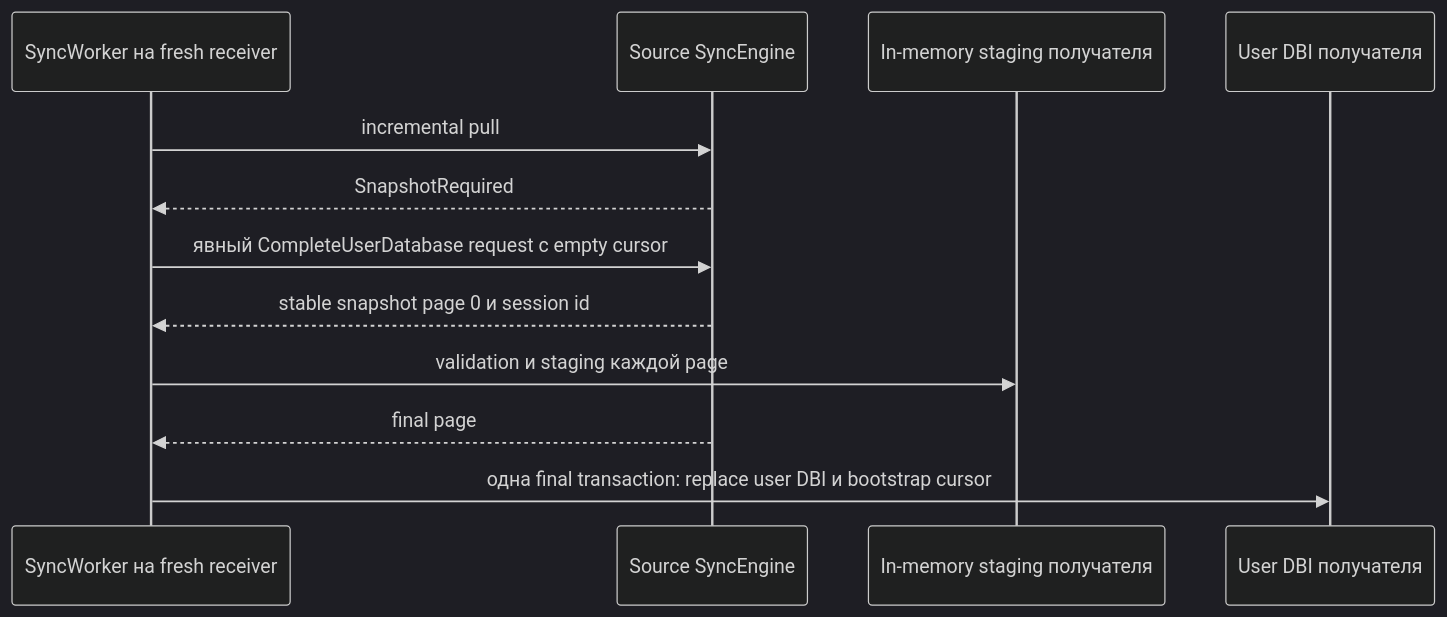
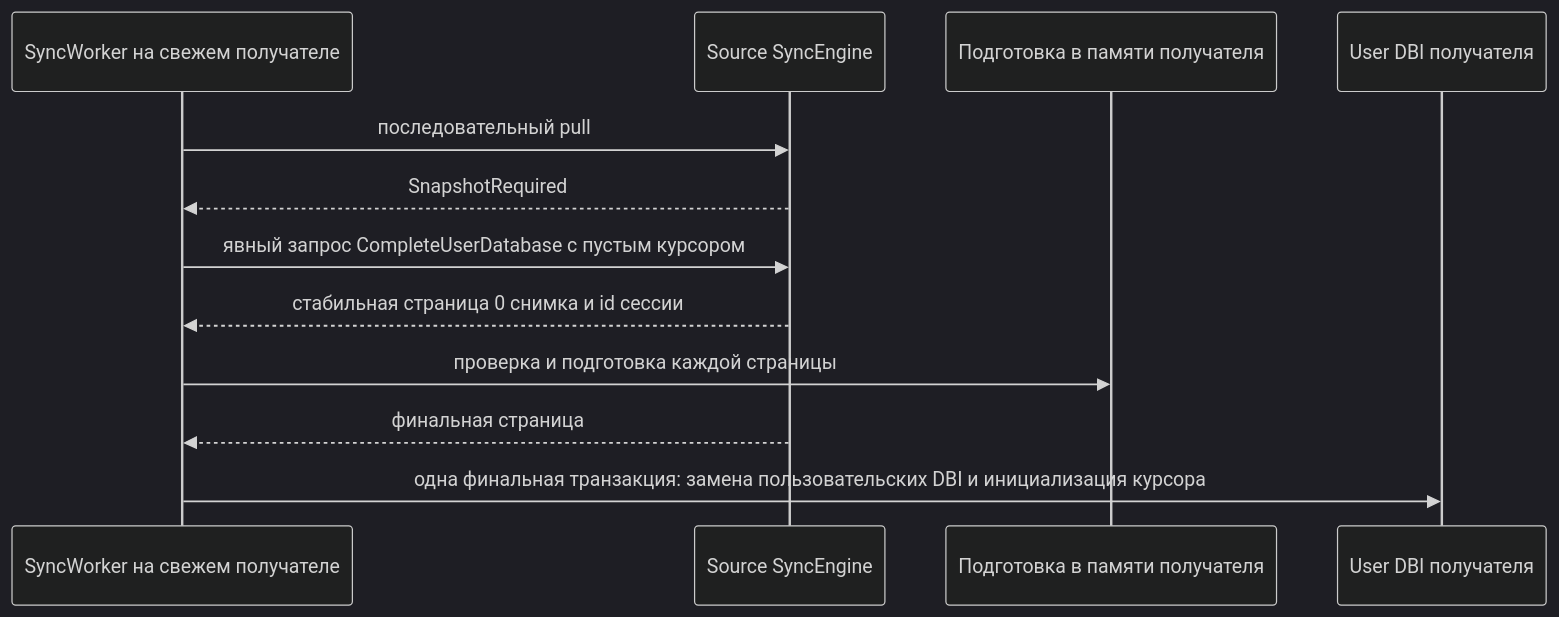
Before and after one commit to LimiNode/mdbx-containers: the diagram in docs/sync-recovery-RU.md, drawn with Mermaid (dark theme). The commit also changed other lines of this file and 8 other files, not shown here.

````diff
--- a/docs/sync-recovery-RU.md
+++ b/docs/sync-recovery-RU.md
@@ -36,15 +38,15 @@
 ```mermaid
 sequenceDiagram
-    participant W as SyncWorker на fresh receiver
+    participant W as SyncWorker на свежем получателе
     participant S as Source SyncEngine
-    participant Stage as In-memory staging получателя
+    participant Stage as Подготовка в памяти получателя
     participant DB as User DBI получателя
 
-    W->>S: incremental pull
+    W->>S: последовательный pull
     S-->>W: SnapshotRequired
-    W->>S: явный CompleteUserDatabase request с empty cursor
-    S-->>W: stable snapshot page 0 и session id
-    W->>Stage: validation и staging каждой page
-    S-->>W: final page
-    W->>DB: одна final transaction: replace user DBI и bootstrap cursor
+    W->>S: явный запрос CompleteUserDatabase с пустым курсором
+    S-->>W: стабильная страница 0 снимка и id сессии
+    W->>Stage: проверка и подготовка каждой страницы
+    S-->>W: финальная страница
+    W->>DB: одна финальная транзакция: замена пользовательских DBI и инициализация курсора
 ```
````
